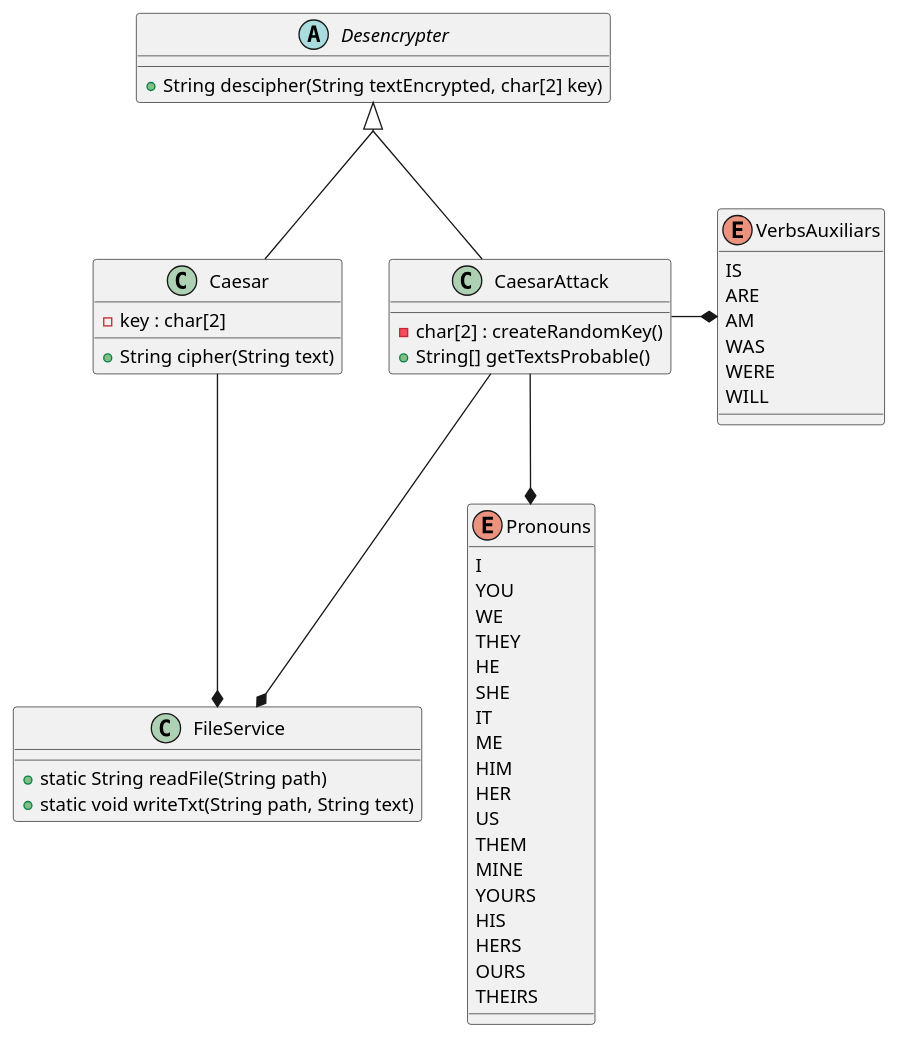
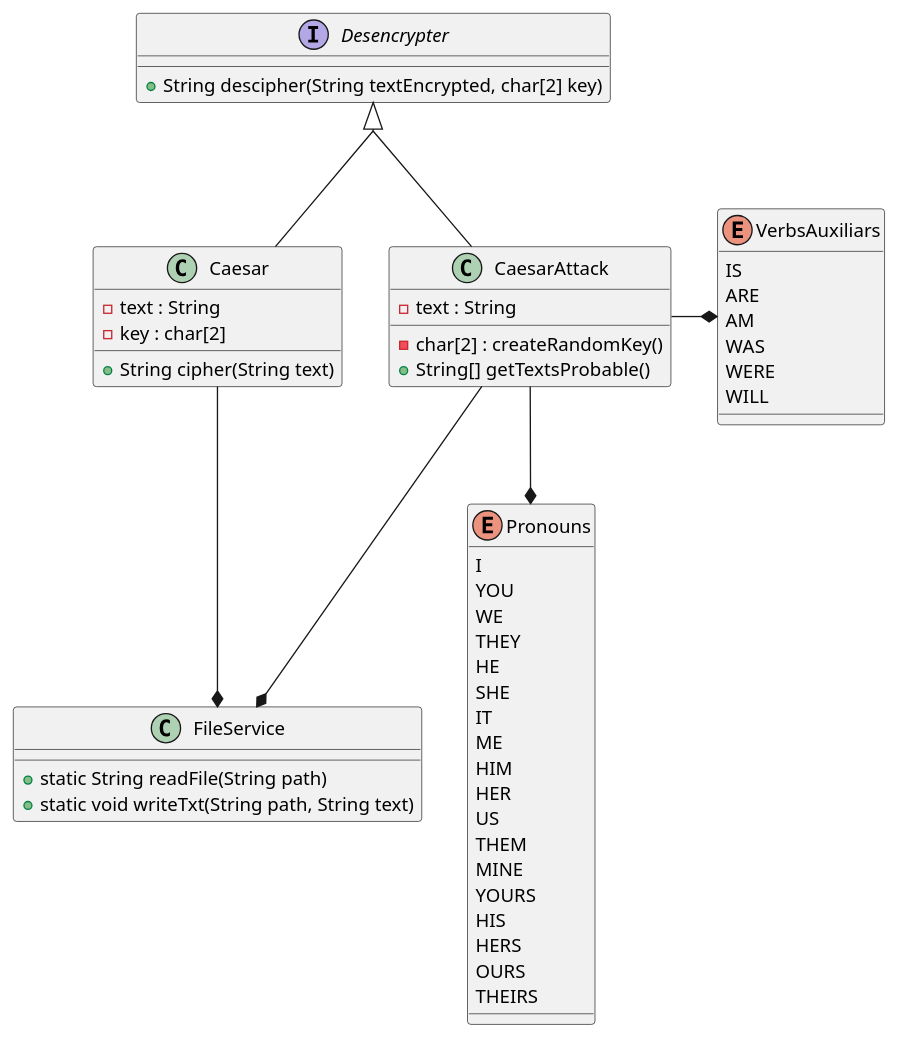
One commit to Iyaka666/ultimoIntentoCifradoCesar changed the diagram in src/UML/cesarUML.puml. Above: the diagram before and after it, drawn with PlantUML.

Commit message:
Modificación
Se termino de completar el archivo con toda la información del modelo

```diff
--- a/src/UML/cesarUML.puml
+++ b/src/UML/cesarUML.puml
@@ -1,80 +1,94 @@
 @startuml cesar
 skinparam groupInheritance 2
 ' El constructor recibe 
-'   una llave que son dos carácteres en un array estático
-' Cuenta con un método propio que debe hacer
-' Realizar el proceso del cifrador César para los carácteres dentro del texto este se va a cifrar con la llave determinada por un usuario,
-' Para obtener el texto es necesario llamar al método de clase readFile
-' El texto puede contener carácteres especiales por lo que deben de quedar como tal,
-' es decir sí es un carácter no hacerle ninguna transformación.
-' Para una mayor simplicidad el texto será tratado en minúsculas
-' Ademas la clase cuenta con un método heredado que le permite desencriptar  
+'   - Una llave que son dos carácteres en un array estático
+'   - El texto que se va a cifrar
+' Cuenta con un método propio que debe
+'   - Realizar el proceso del cifrador César para los carácteres 
+'     dentro del texto este se va a cifrar con la llave determinada por un usuario,
+' - Para obtener el texto es necesario llamar al método de clase readFile
+' - El texto puede contener carácteres especiales por lo que deben de quedar como tal,
+'   es decir sí se encuentra un carácter especial no hacerle ninguna transformación.
+' - Para una mayor simplicidad el texto será tratado en minúsculas
+' - Ademas la clase cuenta con la interfaz de una implementacion de desencriptar  
 class Caesar{
+  - text : String
   -key : char[2]
   +String cipher(String text)
 }
 
-' El constructor no recibe ningún párametro
+' El constructor recibe
+'   - El texto encriptado para su posible desencriptación
 ' Cuenta con dos métodos propios que deben hacer
-'   El método createRandomKey tiene la labor de crear una llave de forma aleatoria
-'   que será usada en el siguiente método muchas veces
-'   El método getTextsProbable usa diferentes llaves para intentar desencriptar el texto pasado, pero este usará dos de sus enumeraciones para establecer que el texto es cohérente en el idioma dado en este caso especifico inglés
+'   - El método createRandomKey tiene la labor de crear una llave de forma aleatoria
+'     que será usada en el siguiente método muchas veces
+'   - El método getTextsProbable usa diferentes llaves para intentar desencriptar el texto pasado, 
+'     pero este usará dos de sus enumeraciones para establecer que el texto es cohérente en el idioma
+'     dado en este caso especifico inglés
 class CaesarAttack{
+  -text : String
   -char[2] : createRandomKey()
   +String[] getTextsProbable()
 }
 
-abstract Desencrypter{
+' La interfaz debe ser implemetada en los Caesar
+' Tiene un método que debe decifrar a partir de los párametros que son
+'   - un texto encriptado 
+'   - una llave para poder tener idea de como desencriptar 
+interface Desencrypter{
   +String descipher(String textEncrypted, char[2] key)
 }
 
+' Una clase que se encarga de las operaciones sobre archivos, en este caso solo escritura y lectura
 class FileService {
   + static String readFile(String path)
   + static void writeTxt(String path, String text)
 }
 
+' Una enumeración de tres de los siete tipos de pronombres del inglés
 enum Pronouns{
   'Personals
   I
   YOU
   WE
   THEY
   HE
   SHE
   IT
   'Object
   ME
   HIM
   HER
   US
   THEM
   'Posessive
   MINE
   YOURS
   HIS
   HERS
   OURS
   THEIRS
 }
 
+' Una enumeración con los verbos auxiliares del presente, pasado y futuro usados en inglés
 enum VerbsAuxiliars{
   IS
   ARE
   AM
   WAS
   WERE
   WILL
 }
 
 Desencrypter <|-- Caesar
 Desencrypter <|-- CaesarAttack
 
 ' FileService *-down- Caesar
 ' FileService *-down- CaesarAttack
 Caesar -down-* FileService
 CaesarAttack -down-* FileService
 
 ' Pronouns *-down- CaesarAttack
 CaesarAttack -down-* Pronouns
 VerbsAuxiliars *-left- CaesarAttack
 @enduml
```
